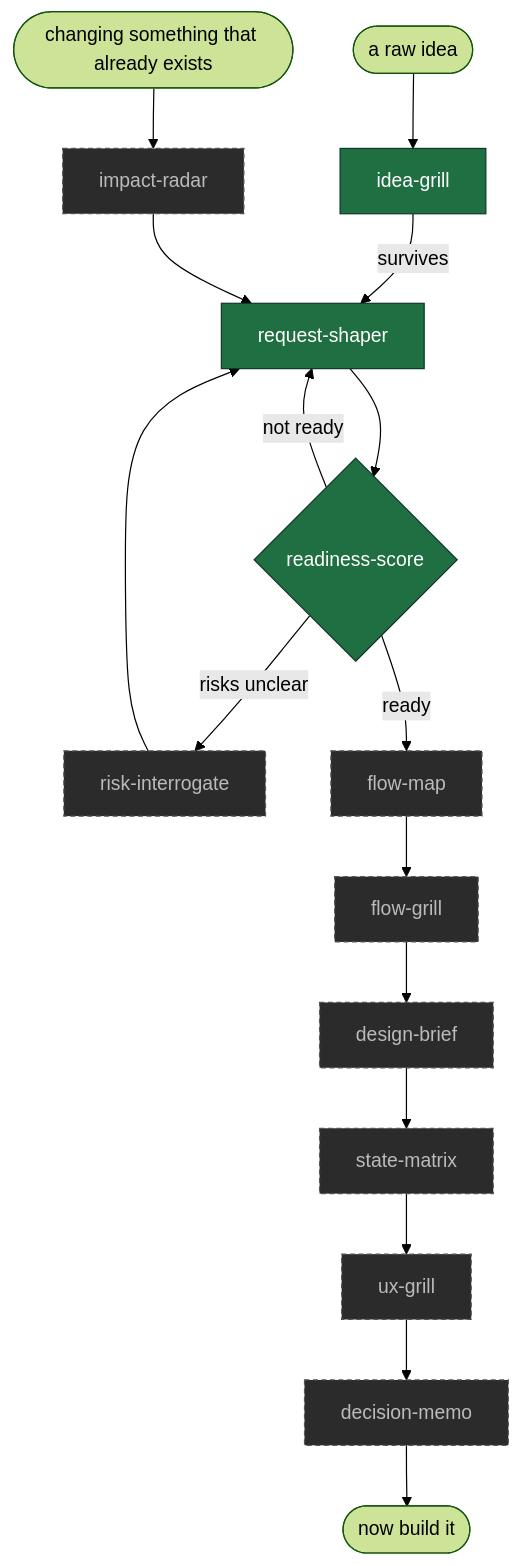
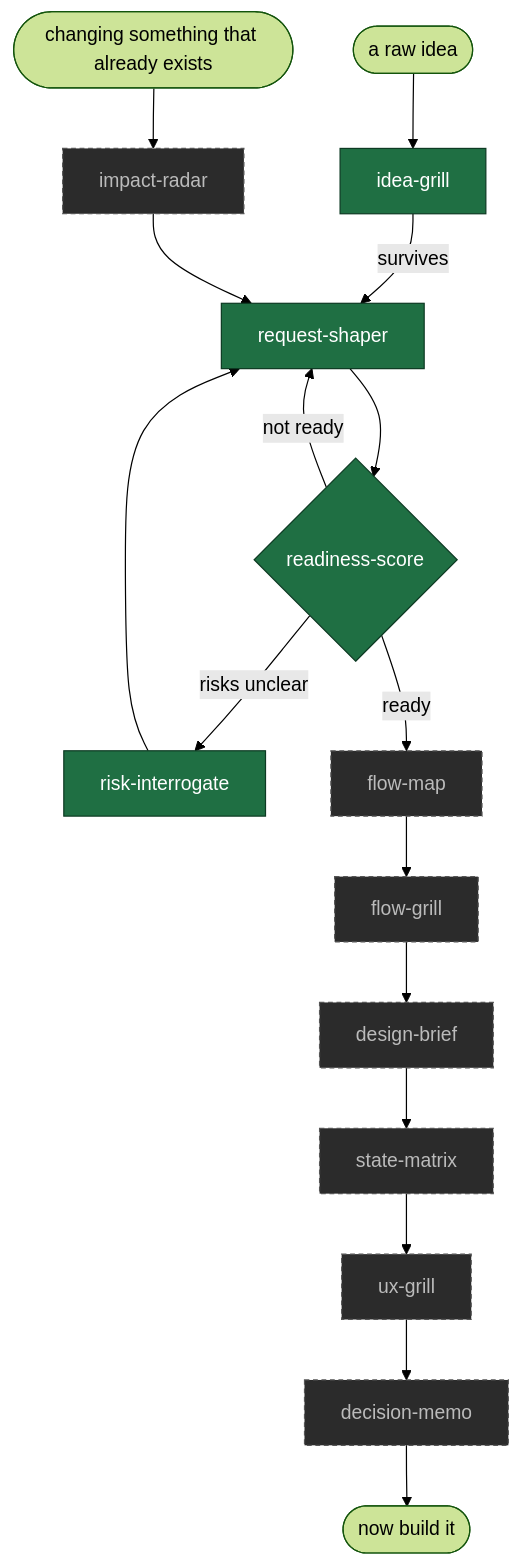
One commit to ratipcan-uysal/before-you-build changed the diagram in README.md. Above: the diagram before and after it, drawn with Mermaid (forest theme). The commit also changed other lines of this file and 5 other files, not shown here.

````diff
--- a/README.md
+++ b/README.md
@@ -35,23 +35,23 @@
 ```mermaid
 flowchart TD
     idea([a raw idea]) --> IG[idea-grill]
     IG -->|survives| RS[request-shaper]
     RS --> SC{readiness-score}
     SC -->|not ready| RS
     SC -->|risks unclear| RI[risk-interrogate]
     RI --> RS
     SC -->|ready| FM[flow-map]
     FM --> FG[flow-grill]
     FG --> DB[design-brief]
     DB --> SM[state-matrix]
     SM --> UX[ux-grill]
     UX --> DM[decision-memo]
     DM --> out([now build it])
     change([changing something that already exists]) --> IR[impact-radar]
     IR --> RS
 
     classDef shipped fill:#1f6f43,stroke:#0d3a23,color:#fff
     classDef planned fill:#2b2b2b,stroke:#555,color:#bbb,stroke-dasharray:4 3
-    class IG,RS,SC shipped
-    class RI,FM,FG,DB,SM,UX,IR,DM planned
+    class IG,RS,SC,RI shipped
+    class FM,FG,DB,SM,UX,IR,DM planned
 ```
````
